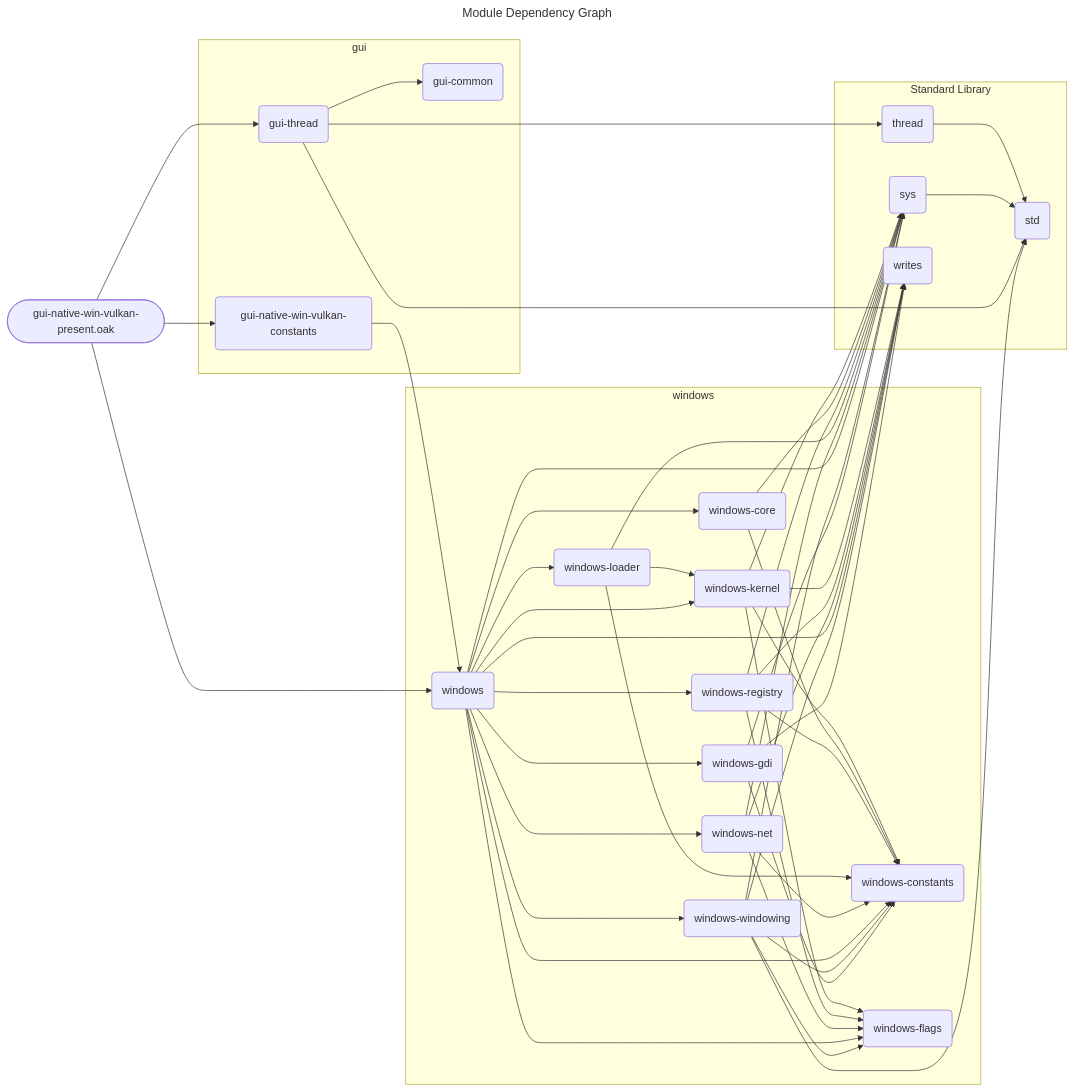
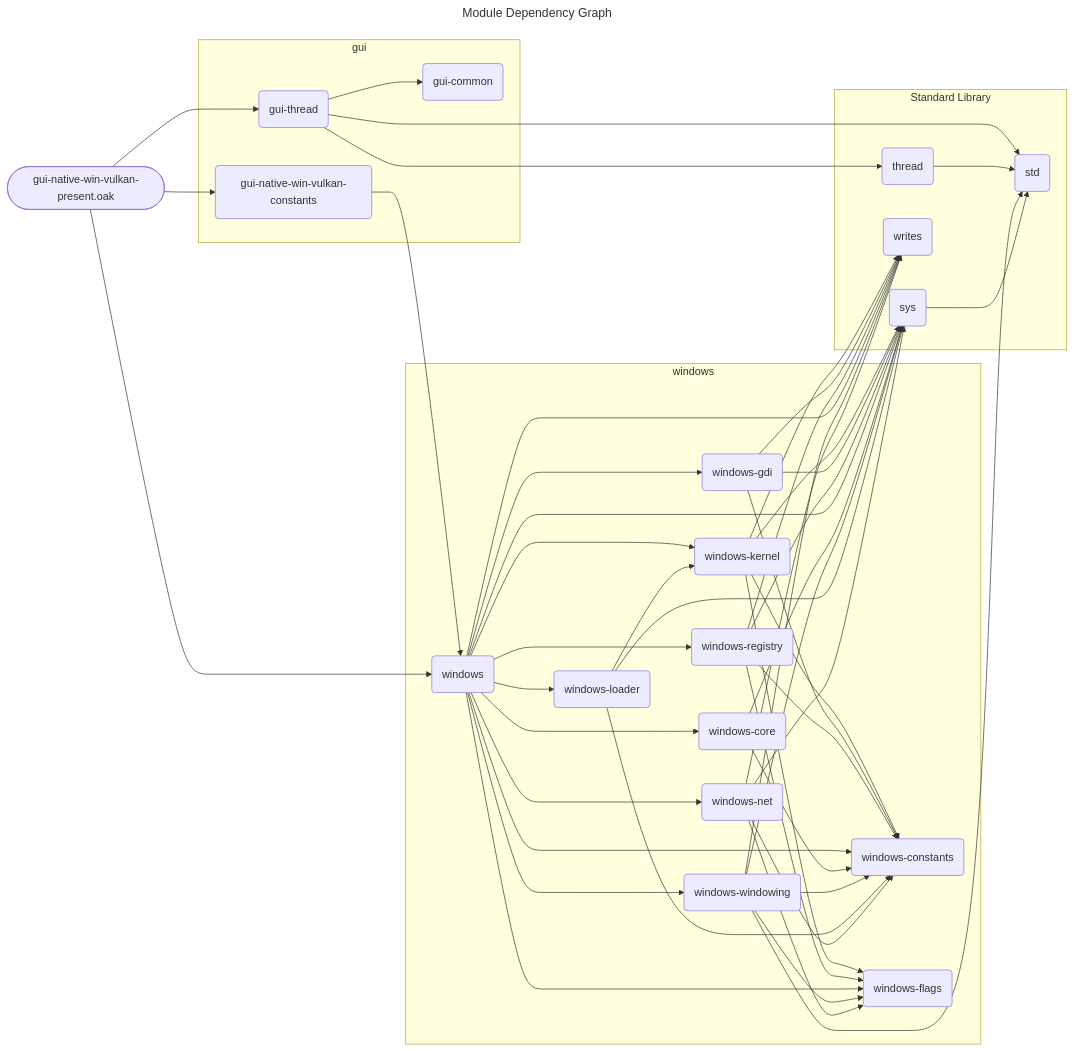
The diagram in docs/spec/gui-native-win-vulkan-present.mmd (SpcFORK/magnolia), drawn with Mermaid before and after one commit. The commit also changed other lines of this file and 127 other files, not shown here.

First line of the commit message:
Refactor module dependency graphs across various specifications

```diff
--- a/docs/spec/gui-native-win-vulkan-present.mmd
+++ b/docs/spec/gui-native-win-vulkan-present.mmd
@@ -1,73 +1,73 @@
 ---
 title: Module Dependency Graph
 ---
 flowchart LR
     lib_gui_native_win_vulkan_present_oak(["gui-native-win-vulkan-present.oak"])
+    subgraph stdlib_windows ["windows"]
+        windows_kernel("windows-kernel")
+        windows_gdi("windows-gdi")
+        windows_registry("windows-registry")
+        windows("windows")
+        windows_constants("windows-constants")
+        windows_core("windows-core")
+        windows_flags("windows-flags")
+        windows_windowing("windows-windowing")
+        windows_loader("windows-loader")
+        windows_net("windows-net")
+    end
     subgraph stdlib_gui ["gui"]
+        gui_thread("gui-thread")
         gui_native_win_vulkan_constants("gui-native-win-vulkan-constants")
-        gui_thread("gui-thread")
         gui_common("gui-common")
     end
-    subgraph stdlib_windows ["windows"]
-        windows_constants("windows-constants")
-        windows_kernel("windows-kernel")
-        windows_core("windows-core")
-        windows_registry("windows-registry")
-        windows_loader("windows-loader")
-        windows_flags("windows-flags")
-        windows_net("windows-net")
-        windows("windows")
-        windows_windowing("windows-windowing")
-        windows_gdi("windows-gdi")
-    end
     subgraph stdlib_core ["Standard Library"]
+        std("std")
         thread("thread")
         sys("sys")
-        std("std")
         writes("writes")
     end
     lib_gui_native_win_vulkan_present_oak --> windows
     lib_gui_native_win_vulkan_present_oak --> gui_thread
     lib_gui_native_win_vulkan_present_oak --> gui_native_win_vulkan_constants
-    thread --> std
-    gui_native_win_vulkan_constants --> windows
-    sys --> std
     windows_kernel --> sys
     windows_kernel --> writes
     windows_kernel --> windows_constants
     windows_kernel --> windows_flags
-    windows_core --> sys
-    windows_core --> windows_constants
+    gui_thread --> std
+    gui_thread --> thread
+    gui_thread --> gui_common
+    windows_gdi --> sys
+    windows_gdi --> writes
+    windows_gdi --> windows_constants
+    thread --> std
     windows_registry --> sys
     windows_registry --> writes
     windows_registry --> windows_constants
     windows_registry --> windows_flags
-    windows_loader --> sys
-    windows_loader --> windows_constants
-    windows_loader --> windows_kernel
-    gui_thread --> std
-    gui_thread --> thread
-    gui_thread --> gui_common
-    windows_net --> sys
-    windows_net --> writes
-    windows_net --> windows_constants
-    windows_net --> windows_flags
     windows --> sys
     windows --> writes
     windows --> windows_constants
     windows --> windows_flags
     windows --> windows_registry
     windows --> windows_net
     windows --> windows_windowing
     windows --> windows_gdi
     windows --> windows_kernel
     windows --> windows_loader
     windows --> windows_core
+    windows_core --> sys
+    windows_core --> windows_constants
     windows_windowing --> sys
     windows_windowing --> writes
     windows_windowing --> windows_constants
     windows_windowing --> windows_flags
     windows_windowing --> std
-    windows_gdi --> sys
-    windows_gdi --> writes
-    windows_gdi --> windows_constants
+    gui_native_win_vulkan_constants --> windows
+    windows_loader --> sys
+    windows_loader --> windows_constants
+    windows_loader --> windows_kernel
+    sys --> std
+    windows_net --> sys
+    windows_net --> writes
+    windows_net --> windows_constants
+    windows_net --> windows_flags
```
